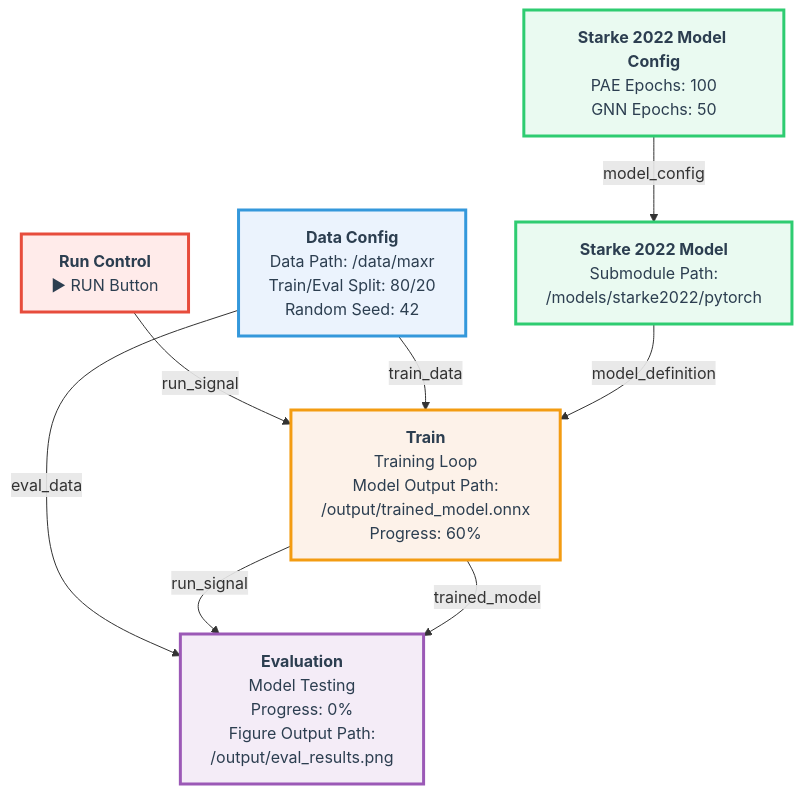
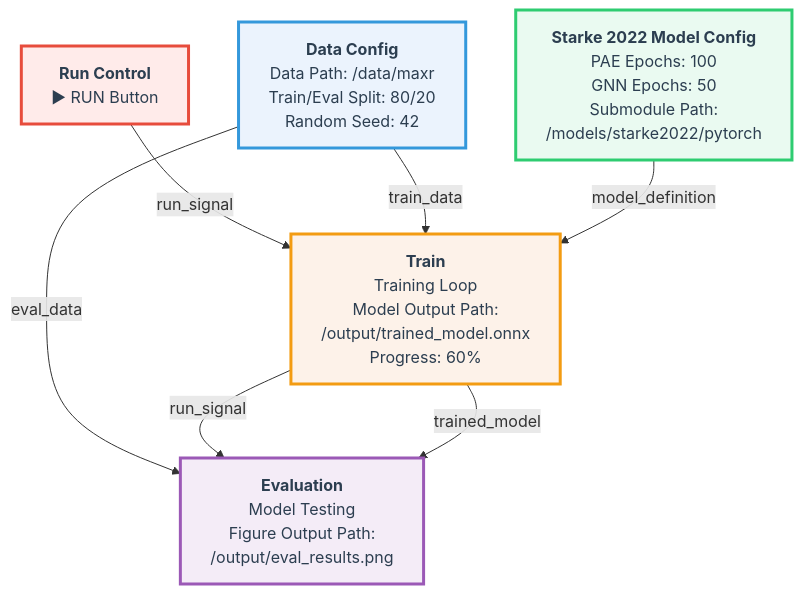
The diagram in doc/training_pipeline.md (FilmakademieRnd/AnimHost), drawn with Mermaid before and after one commit. The commit also changed 4 other files, not shown here.

Commit message:
graph edits, integration graph

````diff
--- a/doc/training_pipeline.md
+++ b/doc/training_pipeline.md
@@ -3,32 +3,30 @@
 ```mermaid
 graph TD
     %% Training Pipeline Nodes
     A["<b>Run Control</b><br/>▶ RUN Button"]
     B["<b>Data Config</b><br/>Data Path: /data/maxr<br/>Train/Eval Split: 80/20<br/>Random Seed: 42"]
-    C["<b>Starke 2022 Model Config</b><br/>PAE Epochs: 100<br/>GNN Epochs: 50"]
-    D["<b>Starke 2022 Model</b><br/>Submodule Path:<br/>/models/starke2022/pytorch"]
+    C["<b>Starke 2022 Model Config</b><br/>PAE Epochs: 100<br/>GNN Epochs: 50<br/>Submodule Path:<br/>/models/starke2022/pytorch"]
     E["<b>Train</b><br/>Training Loop<br/>Model Output Path:<br/>/output/trained_model.onnx<br/>Progress: 60%"]
-    F["<b>Evaluation</b><br/>Model Testing<br/>Progress: 0%<br/>Figure Output Path:<br/>/output/eval_results.png"]
+    F["<b>Evaluation</b><br/>Model Testing<br/>Figure Output Path:<br/>/output/eval_results.png"]
     
     %% Training Pipeline Connections
     A -->|run_signal| E
     B -->|train_data| E
     B -->|eval_data| F
-    C -->|model_config| D
-    D -->|model_definition| E
+    C -->|model_definition| E
     E -->|run_signal| F
     E -->|trained_model| F
     
     %% Node Styling
     classDef runNode fill:#ffebea,stroke:#e74c3c,stroke-width:3px,color:#2c3e50
     classDef dataNode fill:#ebf3fd,stroke:#3498db,stroke-width:3px,color:#2c3e50
     classDef modelNode fill:#eafaf1,stroke:#2ecc71,stroke-width:3px,color:#2c3e50
     classDef trainNode fill:#fdf2e9,stroke:#f39c12,stroke-width:3px,color:#2c3e50
     classDef evalNode fill:#f4ecf7,stroke:#9b59b6,stroke-width:3px,color:#2c3e50
     
     class A runNode
     class B dataNode
-    class C,D modelNode
+    class C modelNode
     class E trainNode
     class F evalNode
 ```
````
